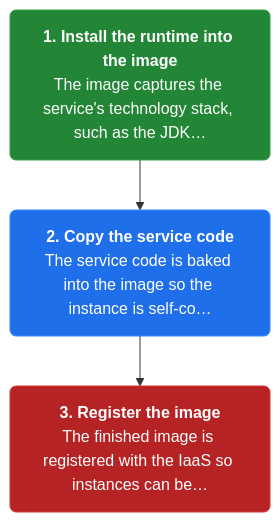
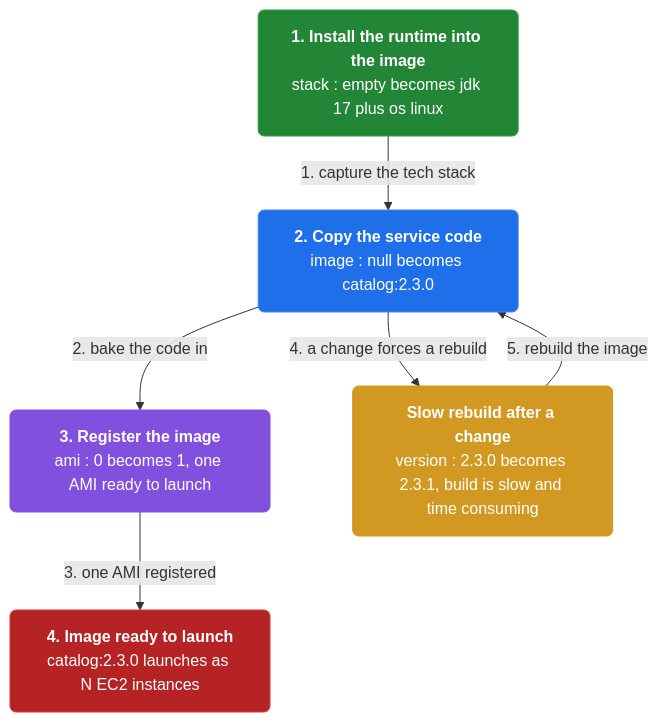
One commit to vinayakuber/microservices-io-study-guide changed the first of 4 diagrams in docs/ch38-service-per-vm.md. Above: the diagram before and after it, drawn with Mermaid. The commit also changed other lines of this file and 46 other files, not shown here.

First line of the commit message:
Author rich branching flow diagrams for all 44 chapters

````diff
--- a/docs/ch38-service-per-vm.md
+++ b/docs/ch38-service-per-vm.md
@@ -13,11 +13,18 @@
 ```mermaid
 flowchart TD
-  classDef step fill:#1f6feb,color:#ffffff,stroke:#388bfd,stroke-width:1px,rx:6
+  classDef step fill:#1f6feb,color:#ffffff,stroke:#388bfd,rx:6
+  classDef core fill:#8250df,color:#ffffff,stroke:#8250df,rx:6
+  classDef warn fill:#d29922,color:#ffffff,stroke:#d29922,rx:6
   classDef start fill:#238636,color:#ffffff,stroke:#2ea043,rx:6
   classDef stop fill:#b62324,color:#ffffff,stroke:#da3633,rx:6
-  s0n0["<b>1. Install the runtime into the image</b><br/>The image captures the service's technology stack, such as the JDK…"]:::start
-  s0n1["<b>2. Copy the service code</b><br/>The service code is baked into the image so the instance is self-co…"]:::step
-  s0n2["<b>3. Register the image</b><br/>The finished image is registered with the IaaS so instances can be…"]:::stop
-  s0n0 --> s0n1
-  s0n1 --> s0n2
+  n0["<b>1. Install the runtime into the image</b><br/>stack : empty becomes jdk 17 plus os linux"]:::start
+  n1["<b>2. Copy the service code</b><br/>image : null becomes catalog:2.3.0"]:::step
+  n2["<b>3. Register the image</b><br/>ami : 0 becomes 1, one AMI ready to launch"]:::core
+  n3["<b>4. Image ready to launch</b><br/>catalog:2.3.0 launches as N EC2 instances"]:::stop
+  n4["<b>Slow rebuild after a change</b><br/>version : 2.3.0 becomes 2.3.1, build is slow and time consuming"]:::warn
+  n0 -->|"1. capture the tech stack"| n1
+  n1 -->|"2. bake the code in"| n2
+  n2 -->|"3. one AMI registered"| n3
+  n1 -->|"4. a change forces a rebuild"| n4
+  n4 -->|"5. rebuild the image"| n1
 ```
````
